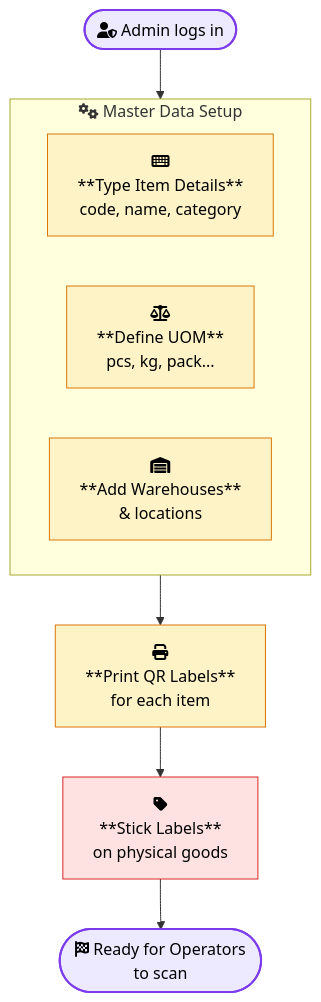
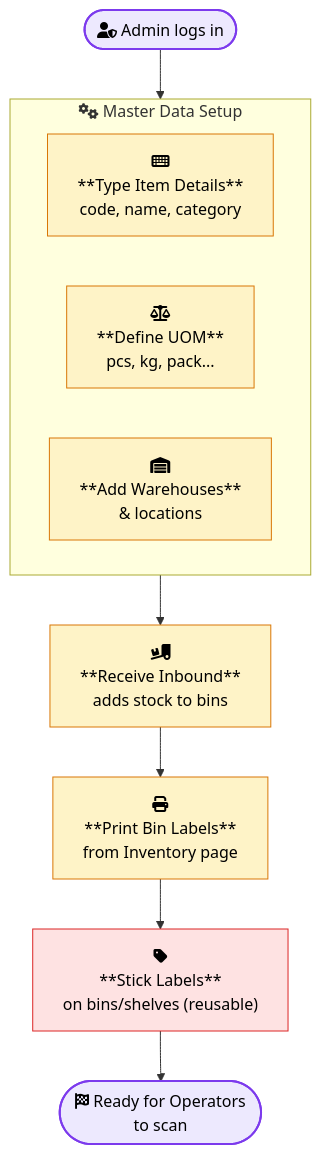
One commit to irwinsantoso/sutandi-mes changed the third of 5 diagrams in docs/user-activities-diagram.md. Above: the diagram before and after it, drawn with Mermaid. The commit also changed other lines of this file and 10 other files, not shown here.

First line of the commit message:
feat: migrate QR labels from inbound-line to inventory-bin

````diff
--- a/docs/user-activities-diagram.md
+++ b/docs/user-activities-diagram.md
@@ -85,23 +85,24 @@
 ```mermaid
 flowchart TB
     START(["fa:fa-user-shield  Admin logs in"]) --> SETUP
 
     subgraph SETUP["fa:fa-cogs  Master Data Setup"]
         direction LR
         ITEM["fa:fa-keyboard<br/>**Type Item Details**<br/>code, name, category"]
         UOM["fa:fa-balance-scale<br/>**Define UOM**<br/>pcs, kg, pack..."]
         WH["fa:fa-warehouse<br/>**Add Warehouses**<br/>& locations"]
     end
 
-    SETUP --> PRINT["fa:fa-print<br/>**Print QR Labels**<br/>for each item"]
-    PRINT --> STICK["fa:fa-tag<br/>**Stick Labels**<br/>on physical goods"]
+    SETUP --> INBOUND["fa:fa-truck-loading<br/>**Receive Inbound**<br/>adds stock to bins"]
+    INBOUND --> PRINT["fa:fa-print<br/>**Print Bin Labels**<br/>from Inventory page"]
+    PRINT --> STICK["fa:fa-tag<br/>**Stick Labels**<br/>on bins/shelves (reusable)"]
     STICK --> READY(["fa:fa-flag-checkered  Ready for Operators<br/>to scan"])
 
     classDef admin fill:#ede9fe,stroke:#7c3aed,color:#000,stroke-width:2px
     classDef action fill:#fef3c7,stroke:#d97706,color:#000
     classDef physical fill:#fee2e2,stroke:#dc2626,color:#000
 
     class START,READY admin
-    class ITEM,UOM,WH,PRINT action
+    class ITEM,UOM,WH,INBOUND,PRINT action
     class STICK physical
 ```
````
